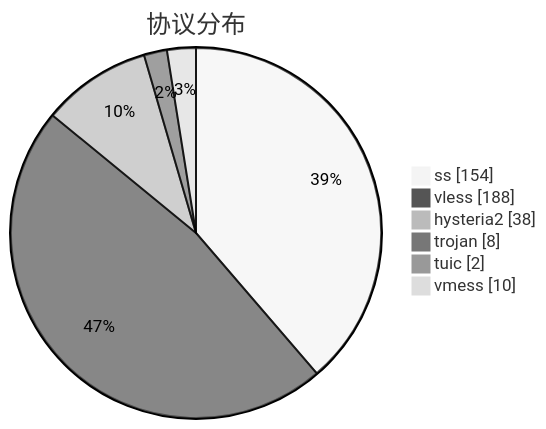
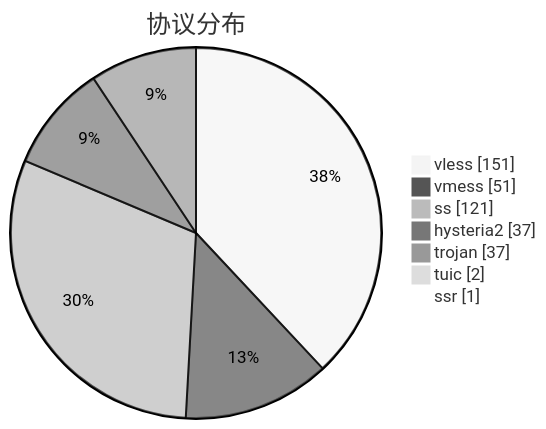
One commit to qjlxg/airport changed the third of 3 diagrams in subs/statistics/tested_within.md. Above: the diagram before and after it, drawn with Mermaid (neutral theme). The commit also changed other lines of this file and 2 other files, not shown here.

````diff
--- a/subs/statistics/tested_within.md
+++ b/subs/statistics/tested_within.md
@@ -32,10 +34,11 @@
 ```mermaid
 pie showData
 title 协议分布
-"ss" : 154
-"vless" : 188
-"hysteria2" : 38
-"trojan" : 8
+"vless" : 151
+"vmess" : 51
+"ss" : 121
+"hysteria2" : 37
+"trojan" : 37
 "tuic" : 2
-"vmess" : 10
+"ssr" : 1
 ```
````
